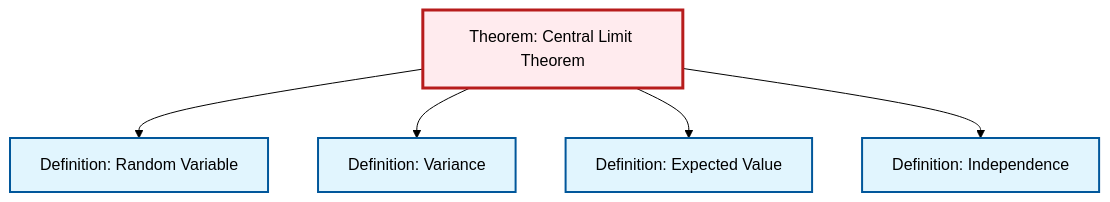
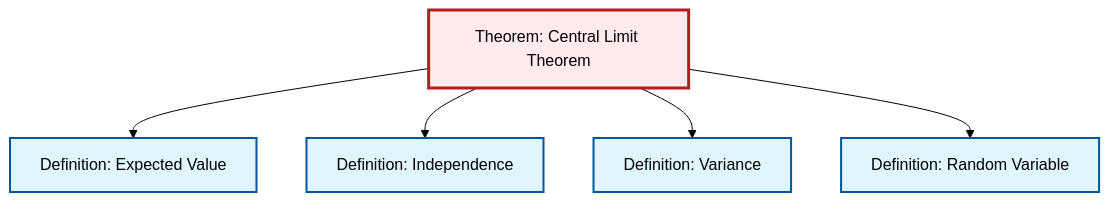
One commit to RK0429/ModernMath changed the second of 2 diagrams in content/en/probability-statistics/thm-central-limit.qmd. Above: the diagram before and after it, drawn with Mermaid (forest theme). The commit also changed other lines of this file and 531 other files, not shown here.

````diff
--- a/content/en/probability-statistics/thm-central-limit.qmd
+++ b/content/en/probability-statistics/thm-central-limit.qmd
@@ -109,23 +109,23 @@
 ```{mermaid}
 %%| fig-cap: "Local dependency graph"
 graph TD
     classDef definition fill:#e1f5fe,stroke:#01579b,stroke-width:2px
     classDef theorem fill:#f3e5f5,stroke:#4a148c,stroke-width:2px
     classDef axiom fill:#fff3e0,stroke:#e65100,stroke-width:2px
     classDef example fill:#e8f5e9,stroke:#1b5e20,stroke-width:2px
     classDef current fill:#ffebee,stroke:#b71c1c,stroke-width:3px
     def-random-variable["Definition: Random Variable"]:::definition
+    def-expectation["Definition: Expected Value"]:::definition
+    def-independence["Definition: Independence"]:::definition
+    thm-central-limit["Theorem: Central Limit Theorem"]:::theorem
     def-variance["Definition: Variance"]:::definition
-    def-expectation["Definition: Expected Value"]:::definition
-    thm-central-limit["Theorem: Central Limit Theorem"]:::theorem
-    def-independence["Definition: Independence"]:::definition
-    thm-central-limit --> def-random-variable
-    thm-central-limit --> def-variance
     thm-central-limit --> def-expectation
     thm-central-limit --> def-independence
+    thm-central-limit --> def-variance
+    thm-central-limit --> def-random-variable
     class thm-central-limit current
     click def-random-variable "def-random-variable.html" "Go to Random Variable definition"
-    click def-variance "def-variance.html" "Go to Variance definition"
     click def-expectation "def-expectation.html" "Go to Expected Value definition"
     click def-independence "def-independence.html" "Go to Independence definition"
+    click def-variance "def-variance.html" "Go to Variance definition"
 ```
````
